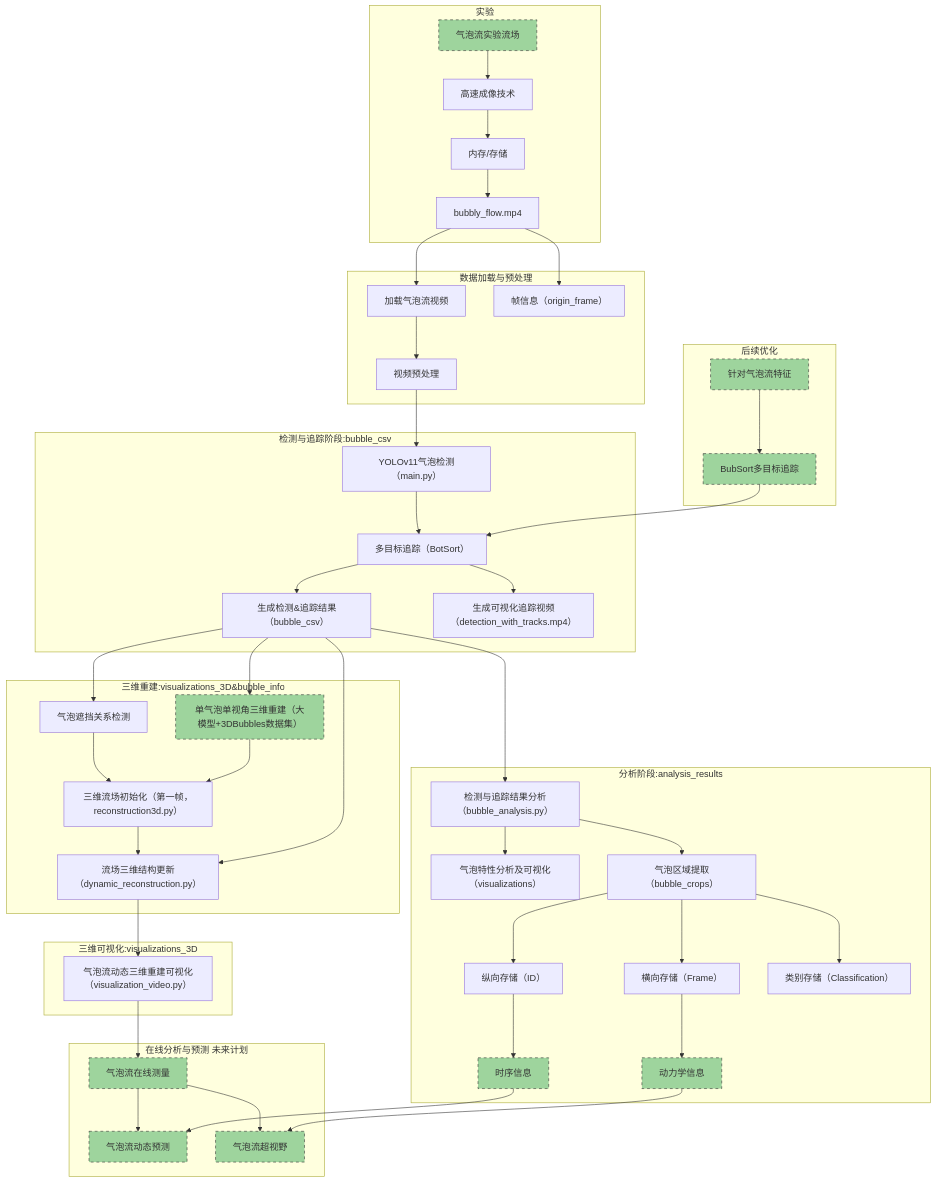
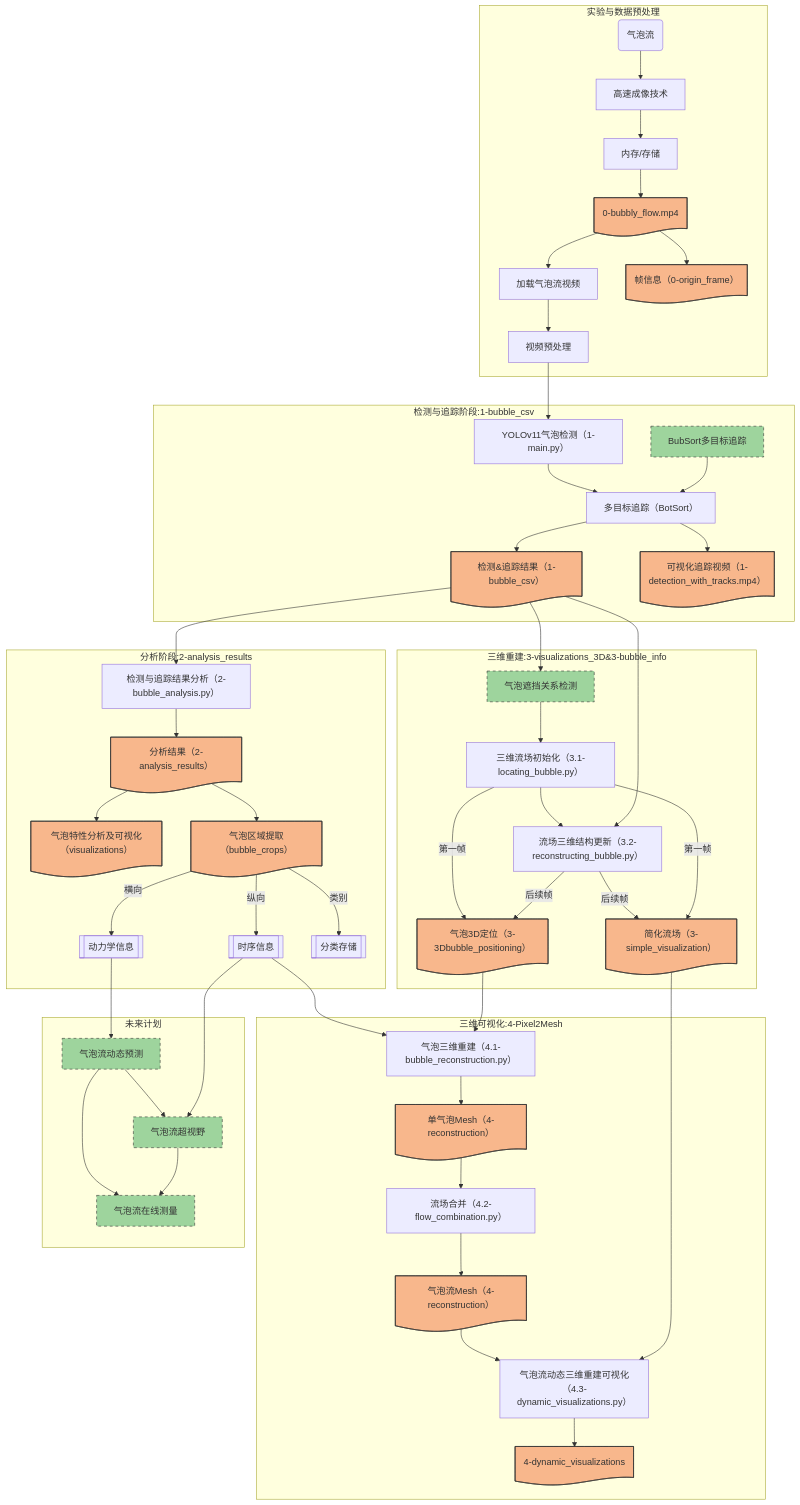
The first of 2 diagrams in 流程图.md (AI4CT/BFRM), drawn with Mermaid before and after one commit. The commit also changed other lines of this file and 252 other files, not shown here.

````diff
--- a/流程图.md
+++ b/流程图.md
@@ -5,68 +5,77 @@
 ```mermaid
 graph TD
-    subgraph 实验
-        Z[气泡流实验流场] --> 高速成像技术
+    subgraph 实验与数据预处理
+        Z@{ shape: rounded, label: "气泡流" } --> 高速成像技术
         高速成像技术 --> 内存/存储
-        内存/存储 --> bubbly_flow.mp4
-    end
-
-    subgraph 数据加载与预处理
-        bubbly_flow.mp4 --> A1[加载气泡流视频]
-        bubbly_flow.mp4 --> A11[帧信息（origin_frame）]
+        内存/存储 --> Z2@{shape: doc, label: "0-bubbly_flow.mp4"}
+        Z2 --> A1[加载气泡流视频]
+        Z2 --> A11@{shape: doc, label: "帧信息（0-origin_frame）"}
         A1 --> B1[视频预处理]
     end
 
-    subgraph 后续优化
-        A2[针对气泡流特征] --> B2[BubSort多目标追踪]
+    subgraph 检测与追踪阶段:1-bubble_csv
+        B1 --> C[YOLOv11气泡检测（1-main.py）]
+        C --> D[多目标追踪]
+        B2[BubSort多目标追踪] --> D[多目标追踪（BotSort）]
+        D --> E@{shape: doc, label: "检测&追踪结果（1-bubble_csv）"}
+        D --> F@{shape: doc, label: "可视化追踪视频（1-detection_with_tracks.mp4）"}
     end
     
-    subgraph 检测与追踪阶段:bubble_csv
-        B1 --> C[YOLOv11气泡检测（main.py）]
-        C --> D[多目标追踪]
-        B2 --> D[多目标追踪（BotSort）]
-        D --> E[生成检测&追踪结果（bubble_csv）]
-        D --> F[生成可视化追踪视频（detection_with_tracks.mp4）]
+    subgraph 分析阶段:2-analysis_results
+        E --> G1[检测与追踪结果分析（2-bubble_analysis.py）]
+        G1 --> G2@{shape: doc, label: "分析结果（2-analysis_results）"}
+        G2 --> I@{shape: doc, label: "气泡特性分析及可视化（visualizations）"}
+        G2 --> J@{shape: doc, label: "气泡区域提取（bubble_crops）"}
+        J -->|横向| J1[["动力学信息"]]
+        J -->|纵向| J2[["时序信息"]]
+        J -->|类别| J3[["分类存储"]]
     end
     
-    subgraph 分析阶段:analysis_results
-        E --> G[检测与追踪结果分析（bubble_analysis.py）]
-        G --> I[气泡特性分析及可视化（visualizations）]
-        G --> J[气泡区域提取（bubble_crops）]
-        J --> J1[横向存储（Frame）]
-        J --> J2[纵向存储（ID）]
-        J1 --> J11[动力学信息]
-        J2 --> J21[时序信息]
-        J --> J3[类别存储（Classification）]
+    subgraph 三维重建:3-visualizations_3D&3-bubble_info
+        E --> E1[气泡遮挡关系检测]
+        E1 --> L1[三维流场初始化（3.1-locating_bubble.py）]
+        L1 --> M[流场三维结构更新（3.2-reconstructing_bubble.py）]
+        M -- 后续帧 --> L3@{shape: doc, label: "简化流场（3-simple_visualization）"}
+        L1 -- 第一帧 --> L3@{shape: doc, label: "简化流场（3-simple_visualization）"}
+        L1 -- 第一帧 --> L2@{shape: doc, label: "气泡3D定位（3-3Dbubble_positioning）"}
+        M -- 后续帧 --> L2@{shape: doc, label: "气泡3D定位（3-3Dbubble_positioning）"}
+        E --> M
+    end
+
+    subgraph 三维可视化:4-Pixel2Mesh
+        J2 --> O[气泡三维重建（4.1-bubble_reconstruction.py）]
+        L2 --> O[气泡三维重建（4.1-bubble_reconstruction.py）]
+        O --> P@{shape: doc, label: "单气泡Mesh（4-reconstruction）"}
+        P --> Q[流场合并（4.2-flow_combination.py）]
+        Q --> R@{shape: doc, label: "气泡流Mesh（4-reconstruction）"}
+        R --> S[气泡流动态三维重建可视化（4.3-dynamic_visualizations.py）]
+        L3 --> S[气泡流动态三维重建可视化（4.3-dynamic_visualizations.py）]
+        S --> T@{shape: doc, label: "4-dynamic_visualizations"}
+    end
+
+    subgraph 未来计划
+        W[气泡流动态预测] --> X[气泡流超视野]
+        J1 --> W
+        J2 --> X
+        W[气泡流动态预测] --> V[气泡流在线测量]
+        X[气泡流超视野] --> V[气泡流在线测量]
     end
     
-    subgraph 三维重建:visualizations_3D&bubble_info
-        E --> E1[气泡遮挡关系检测]
-        E --> E2[单气泡单视角三维重建（大模型+3DBubbles数据集）]
-        E1 --> L[三维流场初始化（第一帧，reconstruction3d.py）]
-        E2 --> L[三维流场初始化（第一帧，reconstruction3d.py）]
-        L --> M[流场三维结构更新（dynamic_reconstruction.py）]
-        E --> M
-    end
-    
-    subgraph 三维可视化:visualizations_3D
-        M --> N[气泡流动态三维重建可视化（visualization_video.py）]
-    end
-
-    subgraph 在线分析与预测 未来计划
-        N --> O[气泡流在线测量]
-        O --> P[气泡流动态预测]
-        O --> Q[气泡流超视野]
-        J11 --> Q
-        J21 --> P
-    end
-    
-    style A2 fill:#9ED49D,stroke:#333,stroke-dasharray: 5 5
+    style Z2 fill:#F8B78C,stroke:#333
+    style A11 fill:#F8B78C,stroke:#333
+    style E fill:#F8B78C,stroke:#333
+    style F fill:#F8B78C,stroke:#333
+    style G2 fill:#F8B78C,stroke:#333
+    style I fill:#F8B78C,stroke:#333
+    style J fill:#F8B78C,stroke:#333
+    style L2 fill:#F8B78C,stroke:#333
+    style L3 fill:#F8B78C,stroke:#333
+    style P fill:#F8B78C,stroke:#333
+    style T fill:#F8B78C,stroke:#333
+    style R fill:#F8B78C,stroke:#333
     style B2 fill:#9ED49D,stroke:#333,stroke-dasharray: 5 5
-    style E2 fill:#9ED49D,stroke:#333,stroke-dasharray: 5 5
-    style J11 fill:#9ED49D,stroke:#333,stroke-dasharray: 5 5
-    style J21 fill:#9ED49D,stroke:#333,stroke-dasharray: 5 5
-    style O fill:#9ED49D,stroke:#333,stroke-dasharray: 5 5
-    style P fill:#9ED49D,stroke:#333,stroke-dasharray: 5 5
-    style Q fill:#9ED49D,stroke:#333,stroke-dasharray: 5 5
-    style Z fill:#9ED49D,stroke:#333,stroke-dasharray: 5 5
+    style E1 fill:#9ED49D,stroke:#333,stroke-dasharray: 5 5
+    style V fill:#9ED49D,stroke:#333,stroke-dasharray: 5 5
+    style W fill:#9ED49D,stroke:#333,stroke-dasharray: 5 5
+    style X fill:#9ED49D,stroke:#333,stroke-dasharray: 5 5
 ```
````
